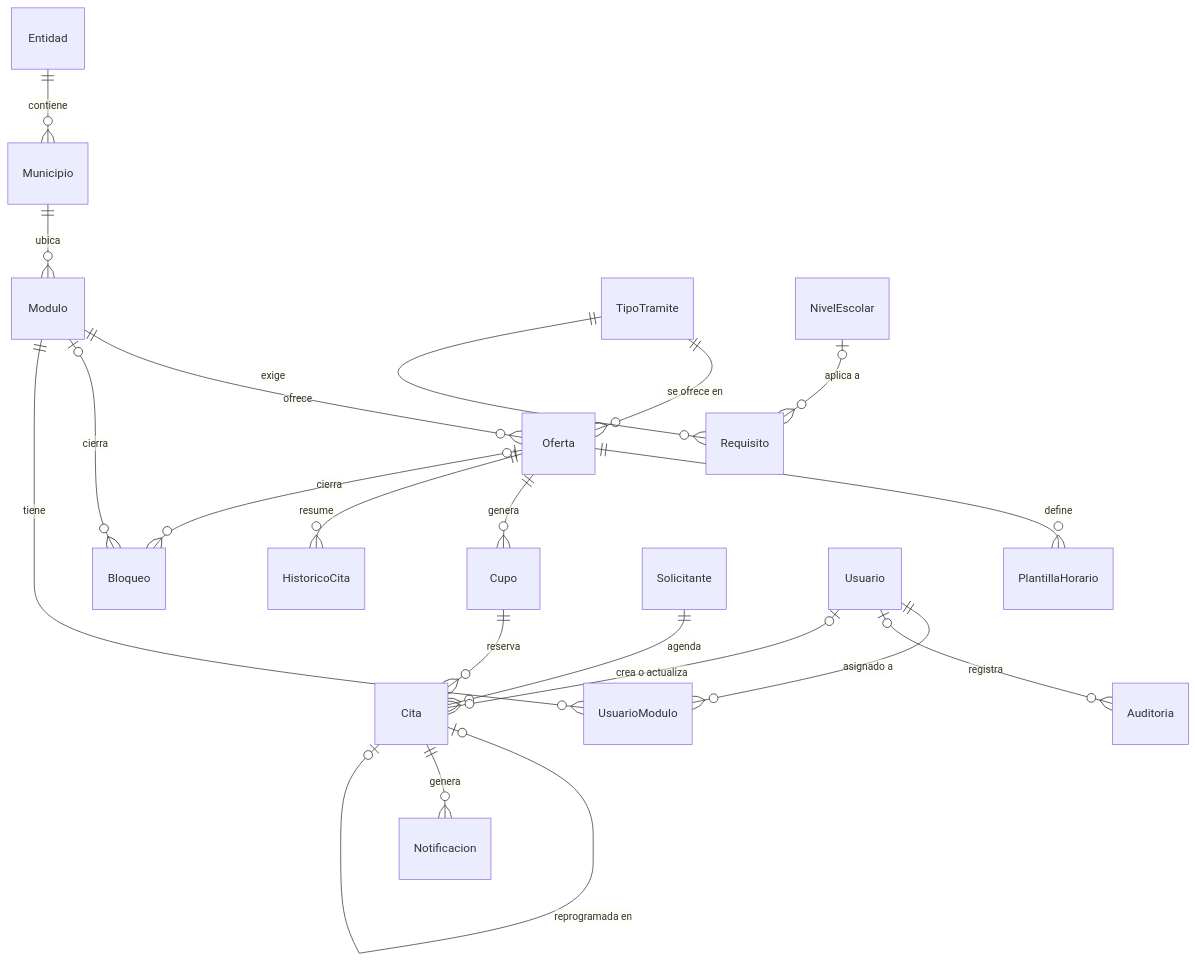
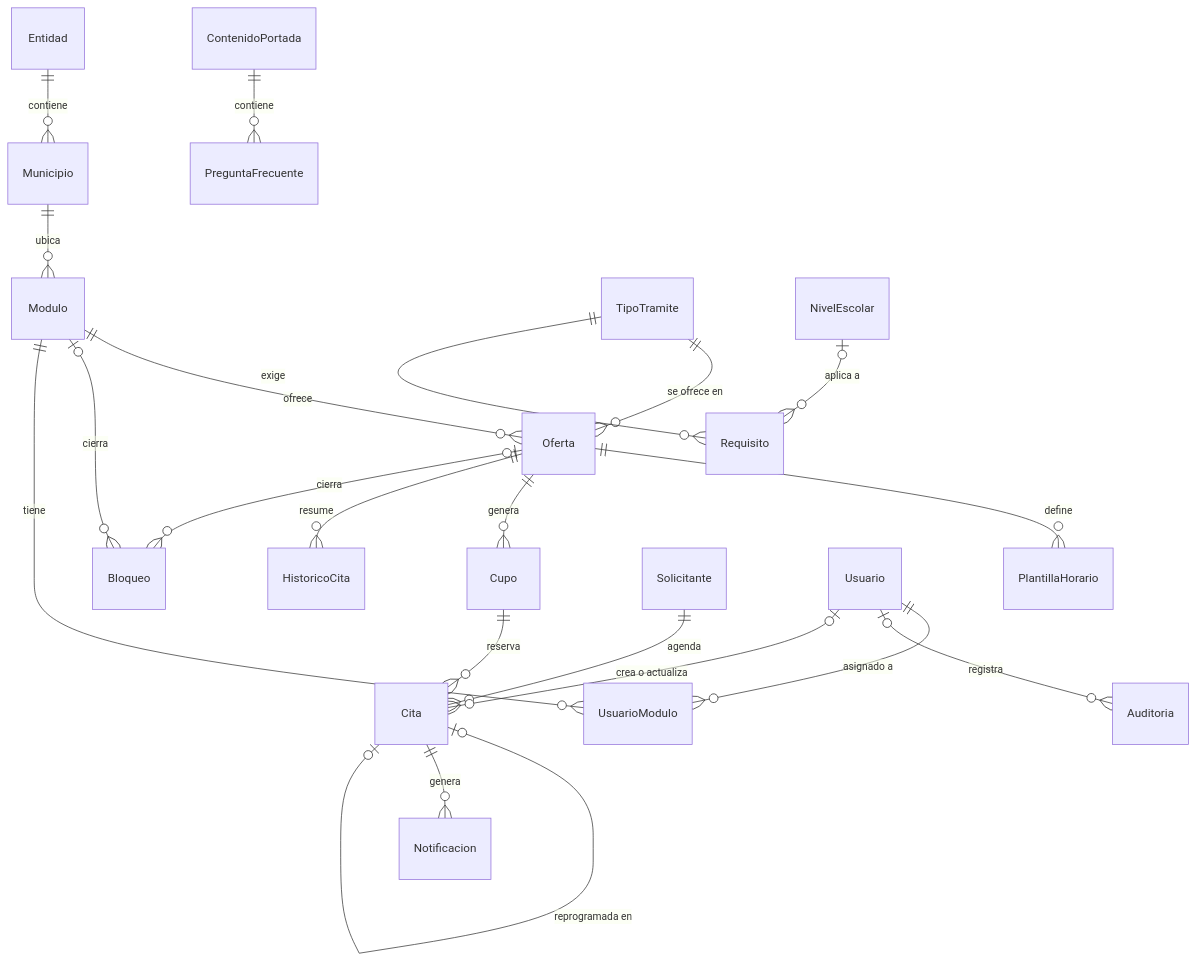
The diagram in docs/05-modelo-de-datos.md (Eduard0corona/tiie-v2), drawn with Mermaid before and after one commit. The commit also changed other lines of this file and 49 other files, not shown here.

````diff
--- a/docs/05-modelo-de-datos.md
+++ b/docs/05-modelo-de-datos.md
@@ -7,22 +7,23 @@
 ```mermaid
 erDiagram
     Entidad ||--o{ Municipio : contiene
     Municipio ||--o{ Modulo : ubica
     Modulo ||--o{ Oferta : ofrece
     TipoTramite ||--o{ Oferta : "se ofrece en"
     TipoTramite ||--o{ Requisito : exige
     NivelEscolar |o--o{ Requisito : "aplica a"
     Oferta ||--o{ PlantillaHorario : define
     Oferta ||--o{ Cupo : genera
     Oferta ||--o{ HistoricoCita : resume
     Modulo |o--o{ Bloqueo : cierra
     Oferta |o--o{ Bloqueo : cierra
     Cupo ||--o{ Cita : reserva
     Solicitante ||--o{ Cita : agenda
     Cita |o--o| Cita : "reprogramada en"
     Cita ||--o{ Notificacion : genera
     Usuario ||--o{ UsuarioModulo : "asignado a"
     Modulo ||--o{ UsuarioModulo : tiene
     Usuario |o--o{ Auditoria : registra
     Usuario |o--o{ Cita : "crea o actualiza"
+    ContenidoPortada ||--o{ PreguntaFrecuente : contiene
 ```
````
